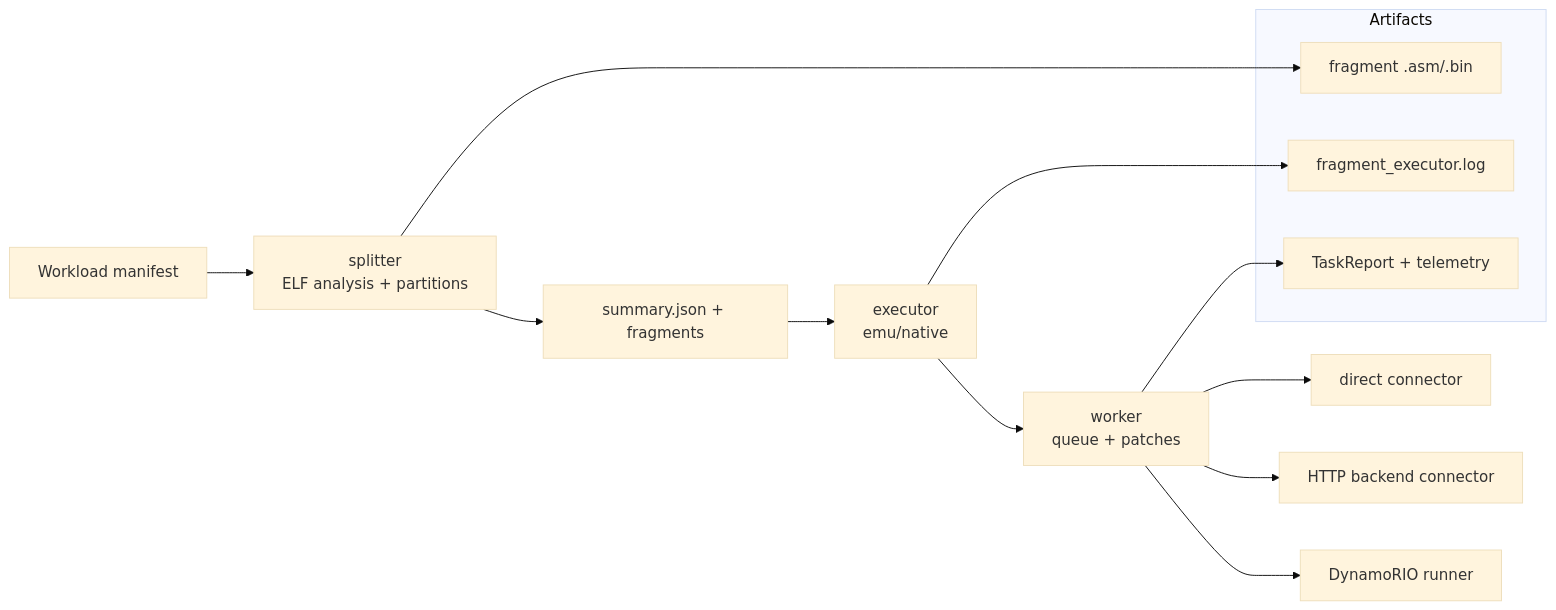
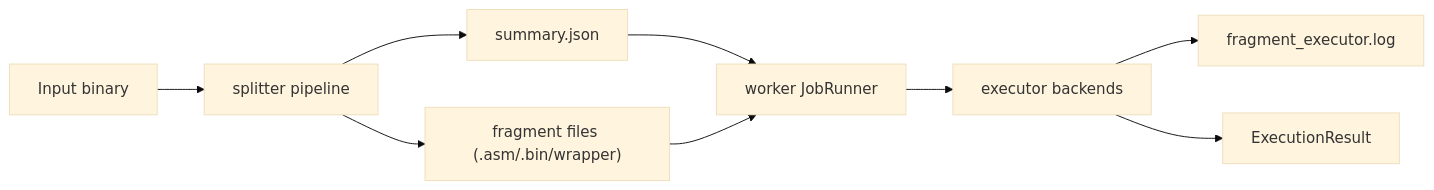
The third of 4 diagrams in README.md (Silicium-Project/Fusion), drawn with Mermaid (base theme) before and after one commit. The commit also changed other lines of this file, not shown here.

Commit message:
docs(readme): reset and add complete architecture graph

````diff
--- a/README.md
+++ b/README.md
@@ -112,22 +175,11 @@
 ```mermaid
 flowchart LR
-  Workload["Workload manifest"] --> Splitter["splitter
-ELF analysis + partitions"]
-  Splitter --> Summary["summary.json + fragments"]
-  Summary --> Executor["executor
-emu/native"]
-  Executor --> Worker["worker
-queue + patches"]
-  Worker --> Direct["direct connector"]
-  Worker --> HttpBackend["HTTP backend connector"]
-  Worker --> Dynamo["DynamoRIO runner"]
-
-  subgraph Artifacts["Artifacts"]
-    Frags["fragment .asm/.bin"]
-    Log["fragment_executor.log"]
-    Reports["TaskReport + telemetry"]
-  end
-  Splitter --> Frags
-  Executor --> Log
-  Worker --> Reports
+  Input["Input binary"] --> Splitter["splitter pipeline"]
+  Splitter --> Summary["summary.json"]
+  Splitter --> Frags["fragment files (.asm/.bin/wrapper)"]
+  Summary --> Worker["worker JobRunner"]
+  Frags --> Worker
+  Worker --> Executor["executor backends"]
+  Executor --> Log["fragment_executor.log"]
+  Executor --> Result["ExecutionResult"]
 ```
````
